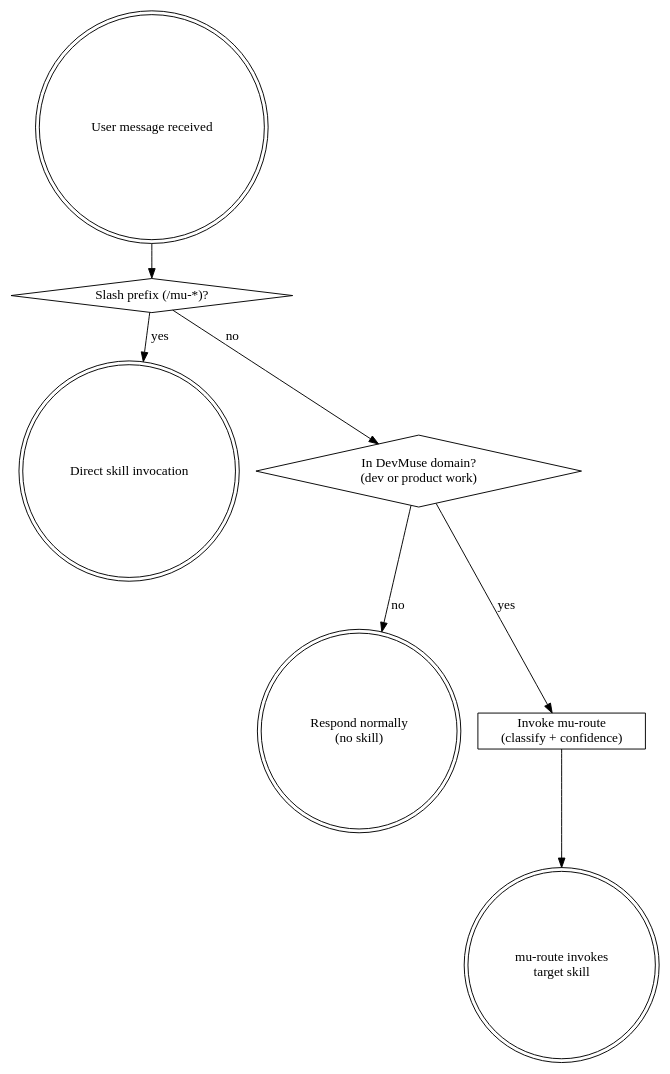
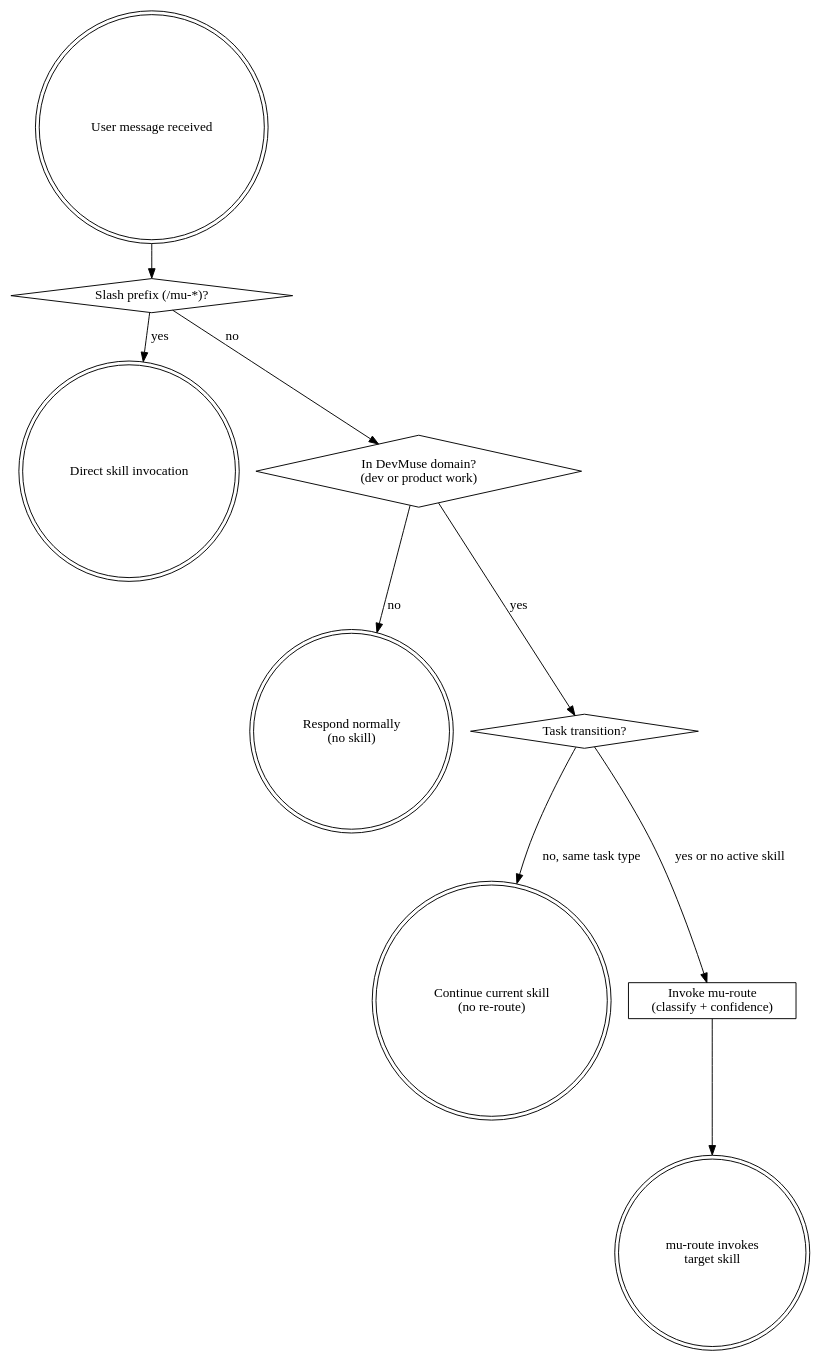
The diagram in rules/bootstrap.md (knotmark-ai/devmuse), drawn with Graphviz before and after one commit. The commit also changed other lines of this file and 1 other file, not shown here.

First line of the commit message:
feat(routing): add continuation vs transition detection to skip redundant re-routing

````diff
--- a/rules/bootstrap.md
+++ b/rules/bootstrap.md
@@ -48,18 +48,22 @@
 ```dot
 digraph skill_flow {
     "User message received" [shape=doublecircle];
     "Slash prefix (/mu-*)?" [shape=diamond];
     "Direct skill invocation" [shape=doublecircle];
     "In DevMuse domain?\n(dev or product work)" [shape=diamond];
     "Respond normally\n(no skill)" [shape=doublecircle];
+    "Task transition?" [shape=diamond];
+    "Continue current skill\n(no re-route)" [shape=doublecircle];
     "Invoke mu-route\n(classify + confidence)" [shape=box];
     "mu-route invokes\ntarget skill" [shape=doublecircle];
 
     "User message received" -> "Slash prefix (/mu-*)?";
     "Slash prefix (/mu-*)?" -> "Direct skill invocation" [label="yes"];
     "Slash prefix (/mu-*)?" -> "In DevMuse domain?\n(dev or product work)" [label="no"];
     "In DevMuse domain?\n(dev or product work)" -> "Respond normally\n(no skill)" [label="no"];
-    "In DevMuse domain?\n(dev or product work)" -> "Invoke mu-route\n(classify + confidence)" [label="yes"];
+    "In DevMuse domain?\n(dev or product work)" -> "Task transition?" [label="yes"];
+    "Task transition?" -> "Invoke mu-route\n(classify + confidence)" [label="yes or no active skill"];
+    "Task transition?" -> "Continue current skill\n(no re-route)" [label="no, same task type"];
     "Invoke mu-route\n(classify + confidence)" -> "mu-route invokes\ntarget skill";
 }
 ```
````
